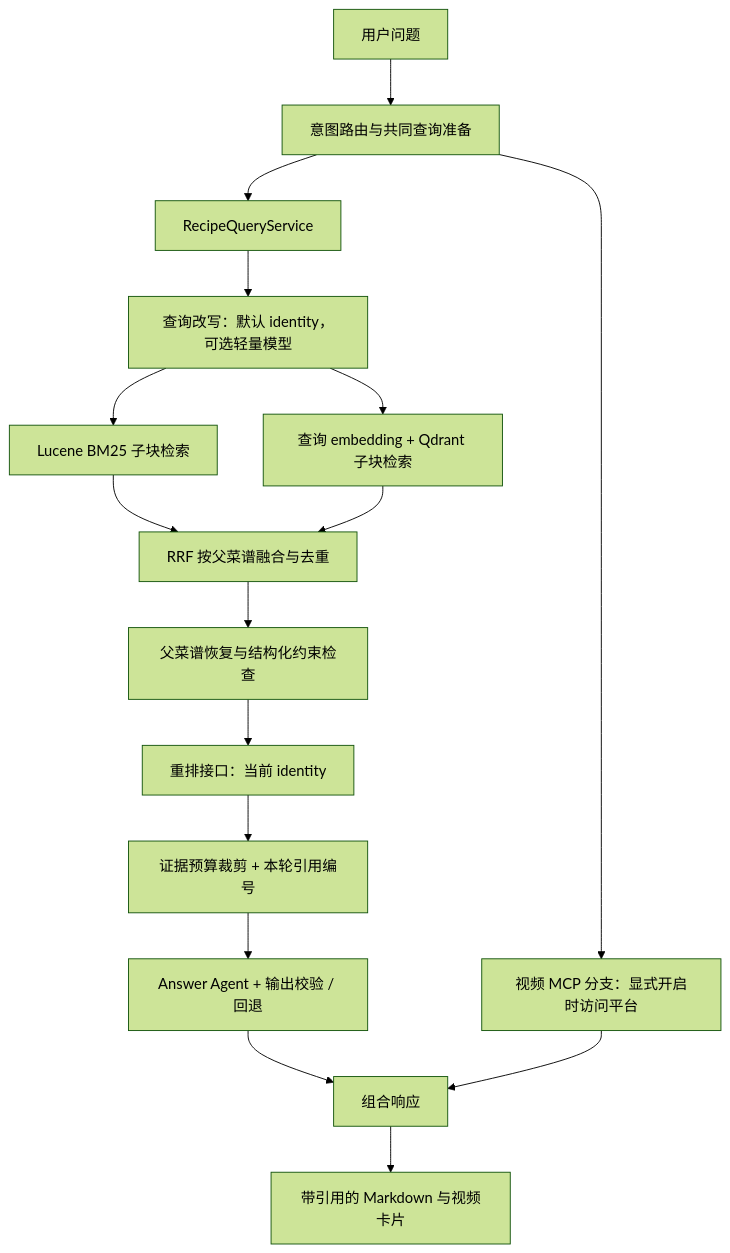
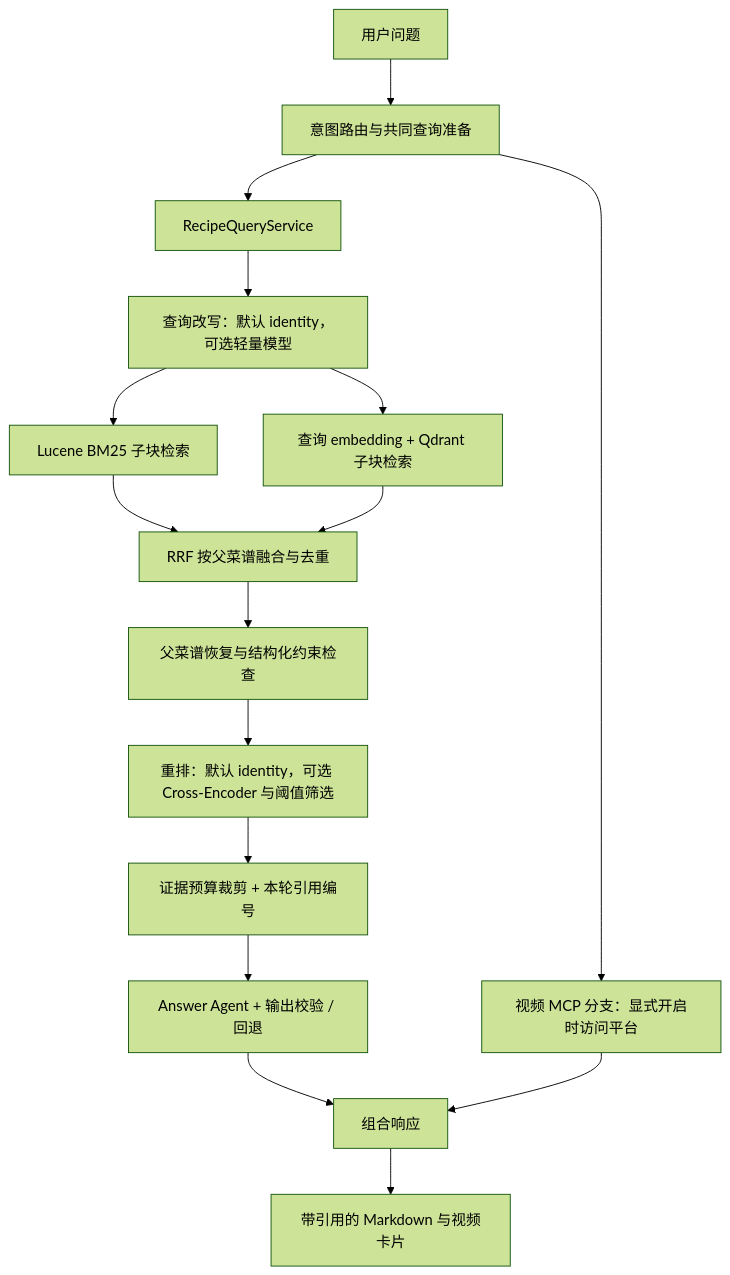
Before and after one commit to limesoda233/diet-agent: the diagram in docs/interview/recipe-rag-mcp.md, drawn with Mermaid (forest theme). The commit also changed other lines of this file and 66 other files, not shown here.

````diff
--- a/docs/interview/recipe-rag-mcp.md
+++ b/docs/interview/recipe-rag-mcp.md
@@ -60,18 +60,18 @@
 ```mermaid
 flowchart TD
     U[用户问题] --> N[意图路由与共同查询准备]
     N --> R[RecipeQueryService]
     N --> V[视频 MCP 分支：显式开启时访问平台]
     R --> Q[查询改写：默认 identity，可选轻量模型]
     Q --> B[Lucene BM25 子块检索]
     Q --> D[查询 embedding + Qdrant 子块检索]
     B --> F[RRF 按父菜谱融合与去重]
     D --> F
     F --> P[父菜谱恢复与结构化约束检查]
-    P --> RR[重排接口：当前 identity]
+    P --> RR[重排：默认 identity，可选 Cross-Encoder 与阈值筛选]
     RR --> E[证据预算裁剪 + 本轮引用编号]
     E --> A[Answer Agent + 输出校验 / 回退]
     A --> C[组合响应]
     V --> C
     C --> O[带引用的 Markdown 与视频卡片]
 ```
````
